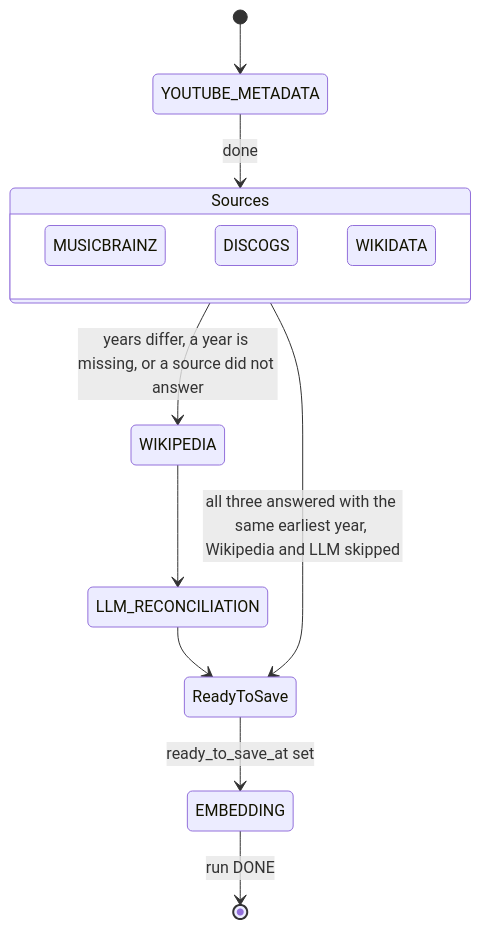
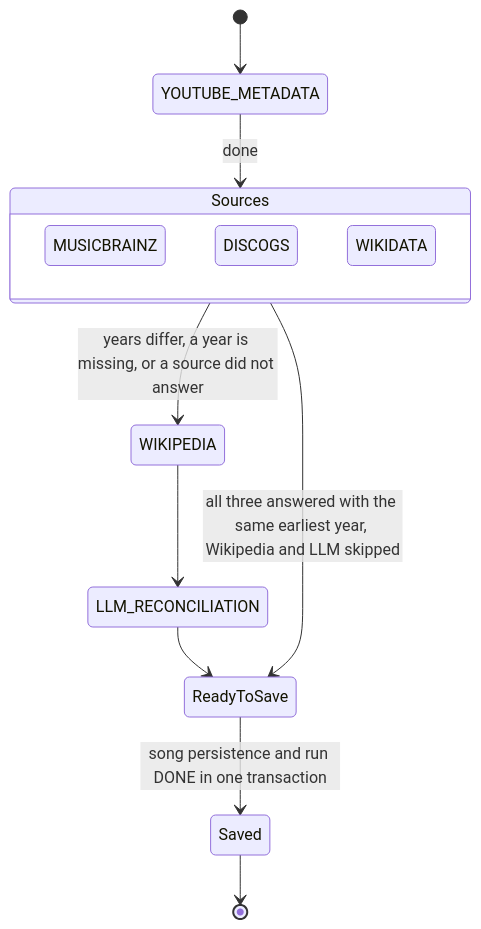
The fourth of 4 diagrams in docs/SYSTEM_REFERENCE.md (dariusturcu22/hittiguess), drawn with Mermaid before and after one commit. The commit also changed other lines of this file and 3 other files, not shown here.

````diff
--- a/docs/SYSTEM_REFERENCE.md
+++ b/docs/SYSTEM_REFERENCE.md
@@ -426,16 +426,16 @@
 ```mermaid
 stateDiagram-v2
     [*] --> YOUTUBE_METADATA
     YOUTUBE_METADATA --> Sources: done
     state Sources {
         MUSICBRAINZ
         DISCOGS
         WIKIDATA
     }
     Sources --> ReadyToSave: all three answered with the same earliest year, Wikipedia and LLM skipped
     Sources --> WIKIPEDIA: years differ, a year is missing, or a source did not answer
     WIKIPEDIA --> LLM_RECONCILIATION
     LLM_RECONCILIATION --> ReadyToSave
-    ReadyToSave --> EMBEDDING: ready_to_save_at set
-    EMBEDDING --> [*]: run DONE
+    ReadyToSave --> Saved: song persistence and run DONE in one transaction
+    Saved --> [*]
 ```
````
